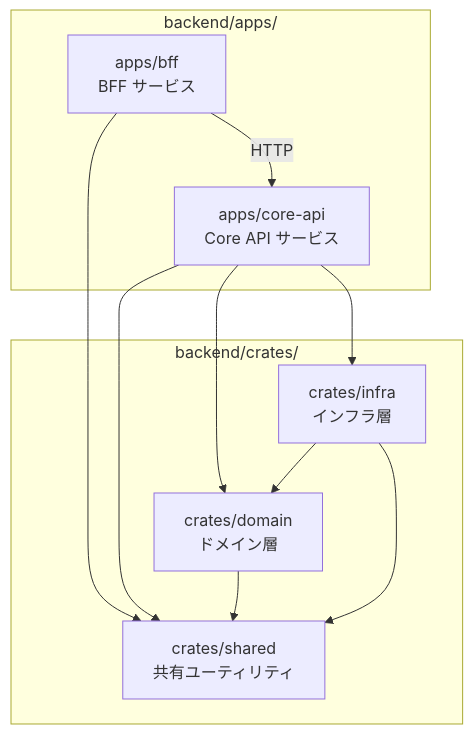
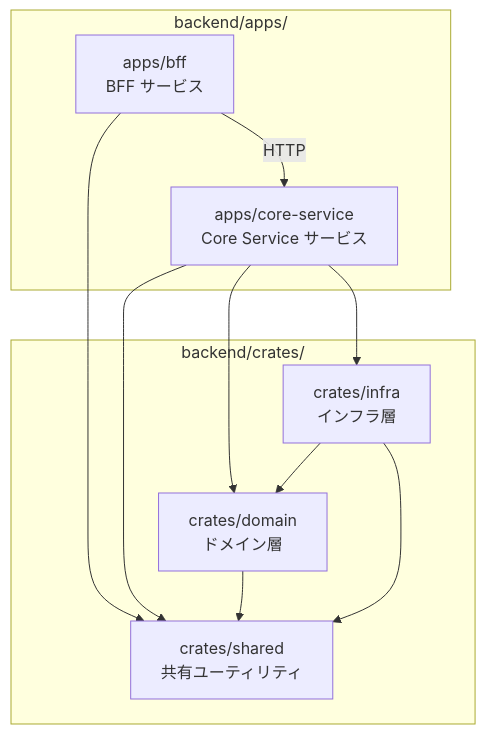
One commit to ka2kama/ringiflow changed the first of 3 diagrams in docs/02_基本設計書/02_プロジェクト構造設計.md. Above: the diagram before and after it, drawn with Mermaid. The commit also changed other lines of this file and 55 other files, not shown here.

````diff
--- a/docs/02_基本設計書/02_プロジェクト構造設計.md
+++ b/docs/02_基本設計書/02_プロジェクト構造設計.md
@@ -151,24 +151,24 @@
 ```mermaid
 graph TB
     subgraph "backend/apps/"
         BFF["apps/bff<br/>BFF サービス"]
-        CoreAPI["apps/core-api<br/>Core API サービス"]
+        CoreService["apps/core-service<br/>Core Service サービス"]
     end
 
     subgraph "backend/crates/"
         Domain["crates/domain<br/>ドメイン層"]
         Infra["crates/infra<br/>インフラ層"]
         Shared["crates/shared<br/>共有ユーティリティ"]
     end
 
-    BFF -->|HTTP| CoreAPI
+    BFF -->|HTTP| CoreService
     BFF --> Shared
 
-    CoreAPI --> Domain
-    CoreAPI --> Infra
-    CoreAPI --> Shared
+    CoreService --> Domain
+    CoreService --> Infra
+    CoreService --> Shared
 
     Domain --> Shared
     Infra --> Domain
     Infra --> Shared
 ```
````
